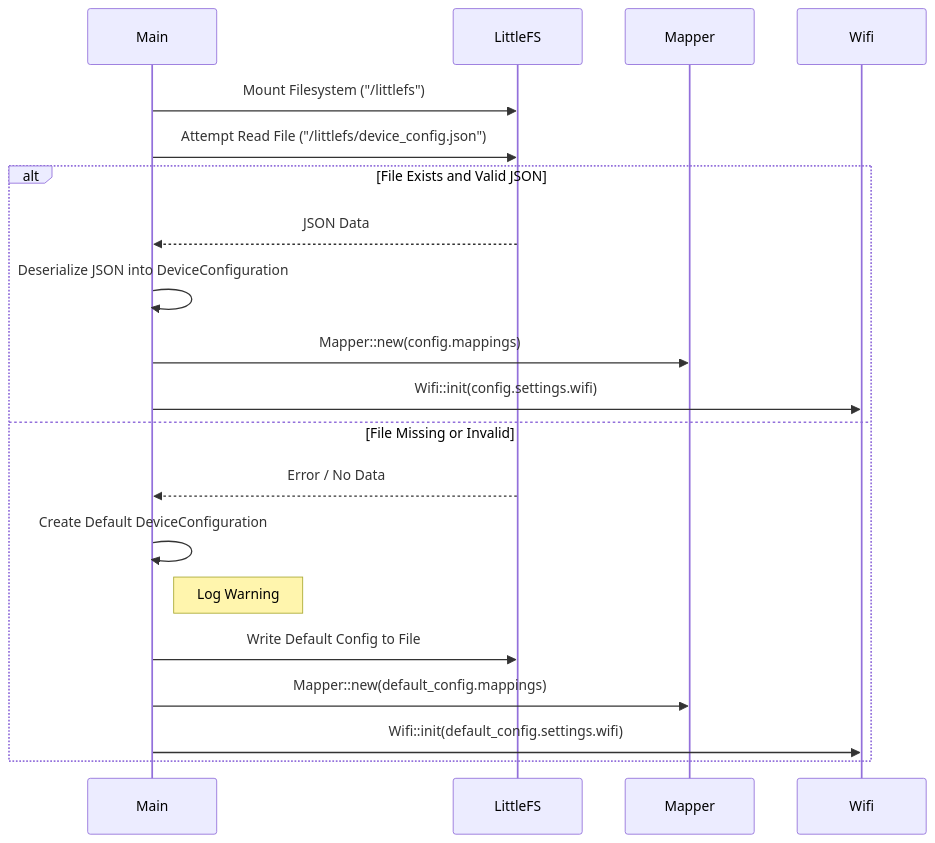
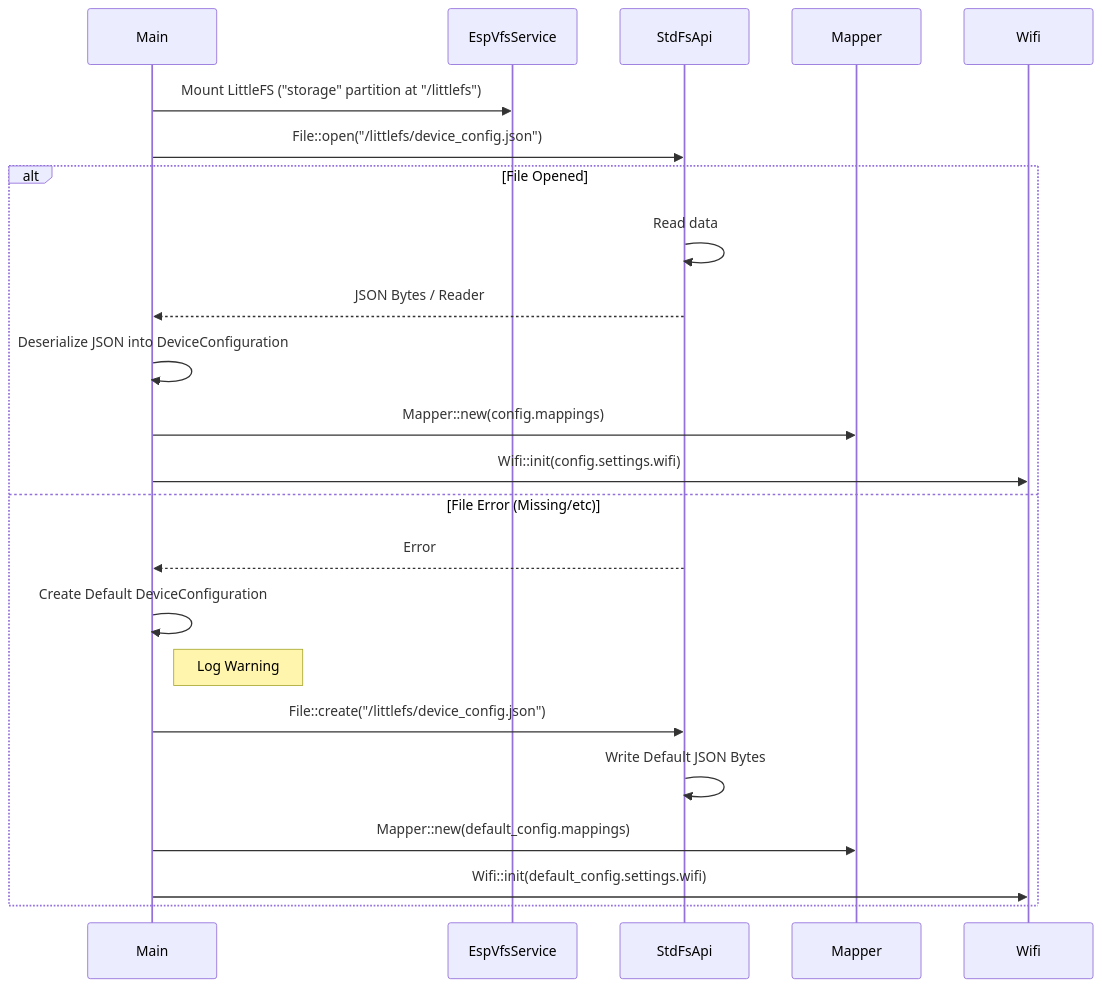
One commit to shantanugoel/esp-deck changed the second of 3 diagrams in user_friendly_arch.md. Above: the diagram before and after it, drawn with Mermaid. The commit also changed other lines of this file and 1 other file, not shown here.

````diff
--- a/user_friendly_arch.md
+++ b/user_friendly_arch.md
@@ -53,23 +53,26 @@
 ```mermaid
 sequenceDiagram
     participant Main
-    participant LittleFS
+    participant EspVfsService
+    participant StdFsApi
     participant Mapper
     participant Wifi
 
-    Main->>LittleFS: Mount Filesystem ("/littlefs")
-    Main->>LittleFS: Attempt Read File ("/littlefs/device_config.json")
-    alt File Exists and Valid JSON
-        LittleFS-->>Main: JSON Data
+    Main->>EspVfsService: Mount LittleFS ("storage" partition at "/littlefs")
+    Main->>StdFsApi: File::open("/littlefs/device_config.json")
+    alt File Opened
+        StdFsApi->>StdFsApi: Read data
+        StdFsApi-->>Main: JSON Bytes / Reader
         Main->>Main: Deserialize JSON into DeviceConfiguration
         Main->>Mapper: Mapper::new(config.mappings)
         Main->>Wifi: Wifi::init(config.settings.wifi)
-    else File Missing or Invalid
-        LittleFS-->>Main: Error / No Data
+    else File Error (Missing/etc)
+        StdFsApi-->>Main: Error
         Main->>Main: Create Default DeviceConfiguration
         Note right of Main: Log Warning
-        Main->>LittleFS: Write Default Config to File
+        Main->>StdFsApi: File::create("/littlefs/device_config.json")
+        StdFsApi->>StdFsApi: Write Default JSON Bytes
         Main->>Mapper: Mapper::new(default_config.mappings)
         Main->>Wifi: Wifi::init(default_config.settings.wifi)
     end
 ```
````
